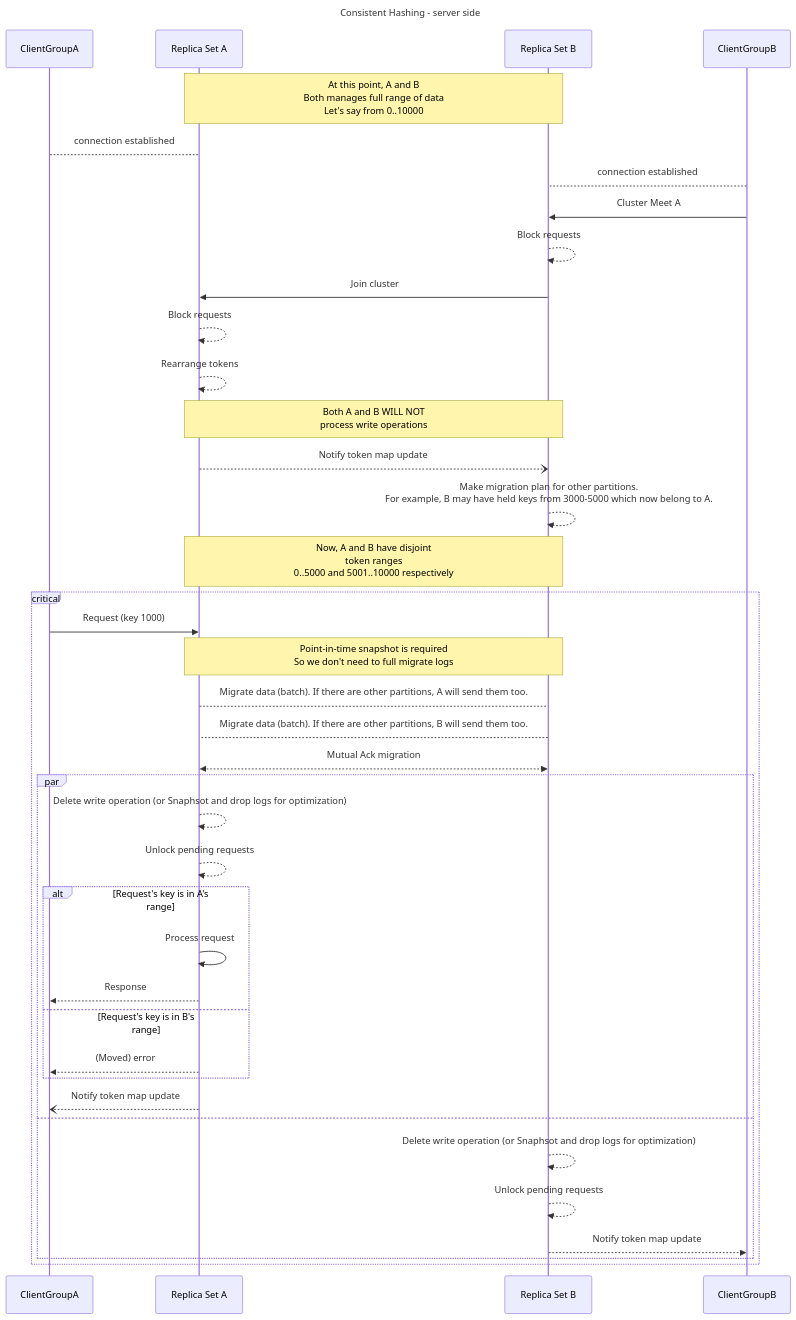
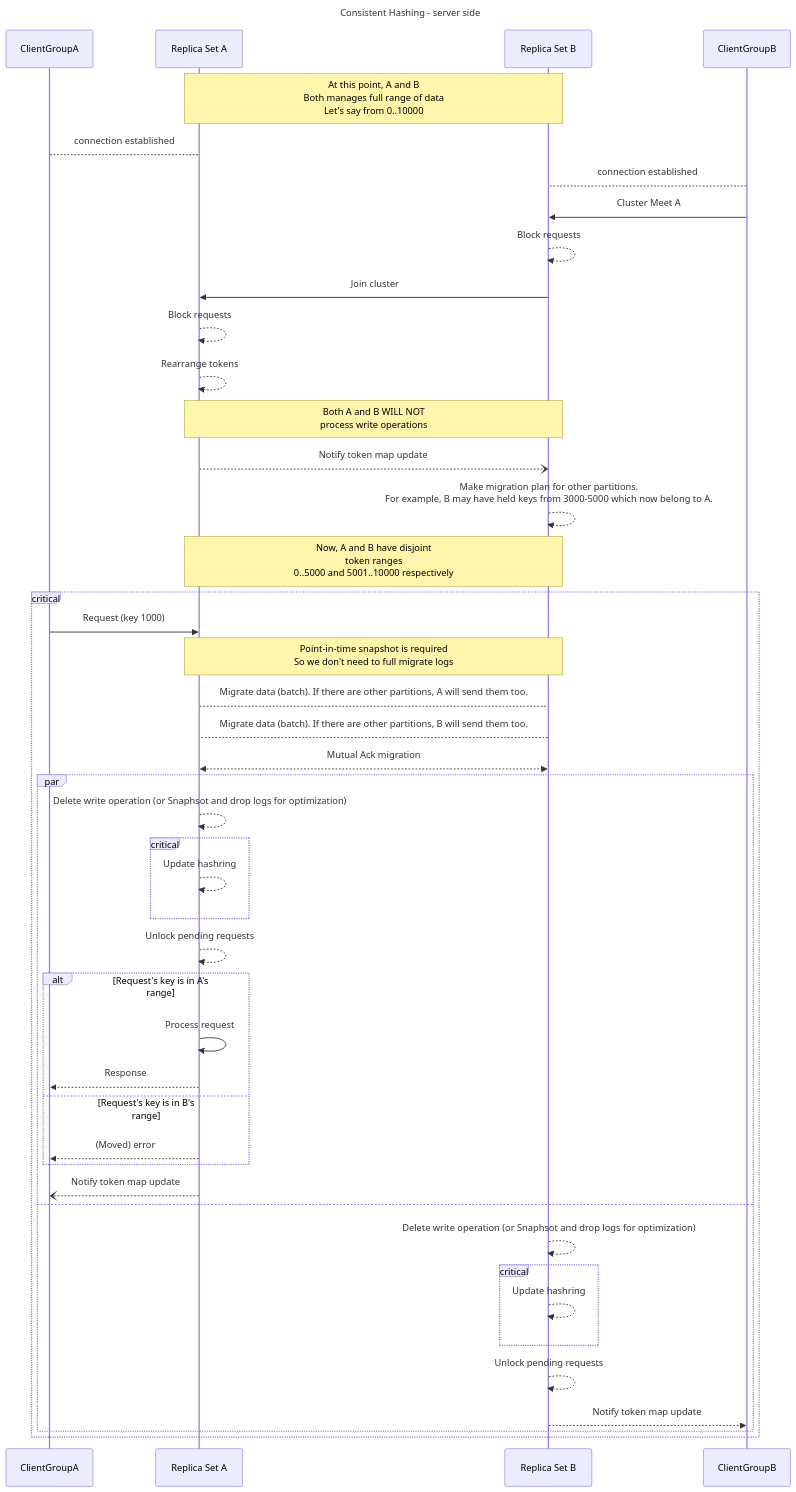
The diagram in diagrams/consistent-hashing-server.mmd (Migorithm/duva), drawn with Mermaid before and after one commit. The commit also changed 3 other files, not shown here.

```diff
--- a/diagrams/consistent-hashing-server.mmd
+++ b/diagrams/consistent-hashing-server.mmd
@@ -1,59 +1,67 @@
 ---
 title: Consistent Hashing - server side
 ---
 sequenceDiagram
     participant C1 as ClientGroupA
     
     participant A as Replica Set A
     participant B as Replica Set B
     
     participant C2 as ClientGroupB
 
 
     Note over A,B : At this point, A and B<br>Both manages full range of data<br>Let's say from 0..10000
     
     C1 --> A: connection established
     C2 --> B: connection established
 
     C2 ->> B: Cluster Meet A
 
     B -->> B : Block requests
     B ->> A : Join cluster
     A -->> A: Block requests
     A -->> A: Rearrange tokens
 
     note over A,B : Both A and B WILL NOT<br>process write operations
 
     
     A --) B : Notify token map update
     B -->> B : Make migration plan for other partitions.<br>For example, B may have held keys from 3000-5000 which now belong to A.
     
     Note over A,B: Now, A and B have disjoint<br>token ranges<br>0..5000 and 5001..10000 respectively
 
     critical 
     C1 ->> A: Request (key 1000)
 
         Note over A, B: Point-in-time snapshot is required<br>So we don't need to full migrate logs
         
         A --> B: Migrate data (batch). If there are other partitions, A will send them too.
         B --> A: Migrate data (batch). If there are other partitions, B will send them too.
 
         %% The following may involves multi step migrations depending on the size of data
         B <<-->> A: Mutual Ack migration
 
         par 
             A -->> A: Delete write operation (or Snaphsot and drop logs for optimization)
+            critical 
+                A -->> A: Update hashring
+            end 
             A -->> A: Unlock pending requests
             alt Request's key is in A's range
                 A ->> A: Process request
                 A -->> C1: Response
             else Request's key is in B's range
                 A -->> C1: (Moved) error
             end
+
+            
             A --) C1 : Notify token map update
         and
             B -->> B: Delete write operation (or Snaphsot and drop logs for optimization)
+            critical 
+                B -->> B: Update hashring
+            end 
             B -->> B: Unlock pending requests
             B -->> C2 : Notify token map update
         end
     end
```
